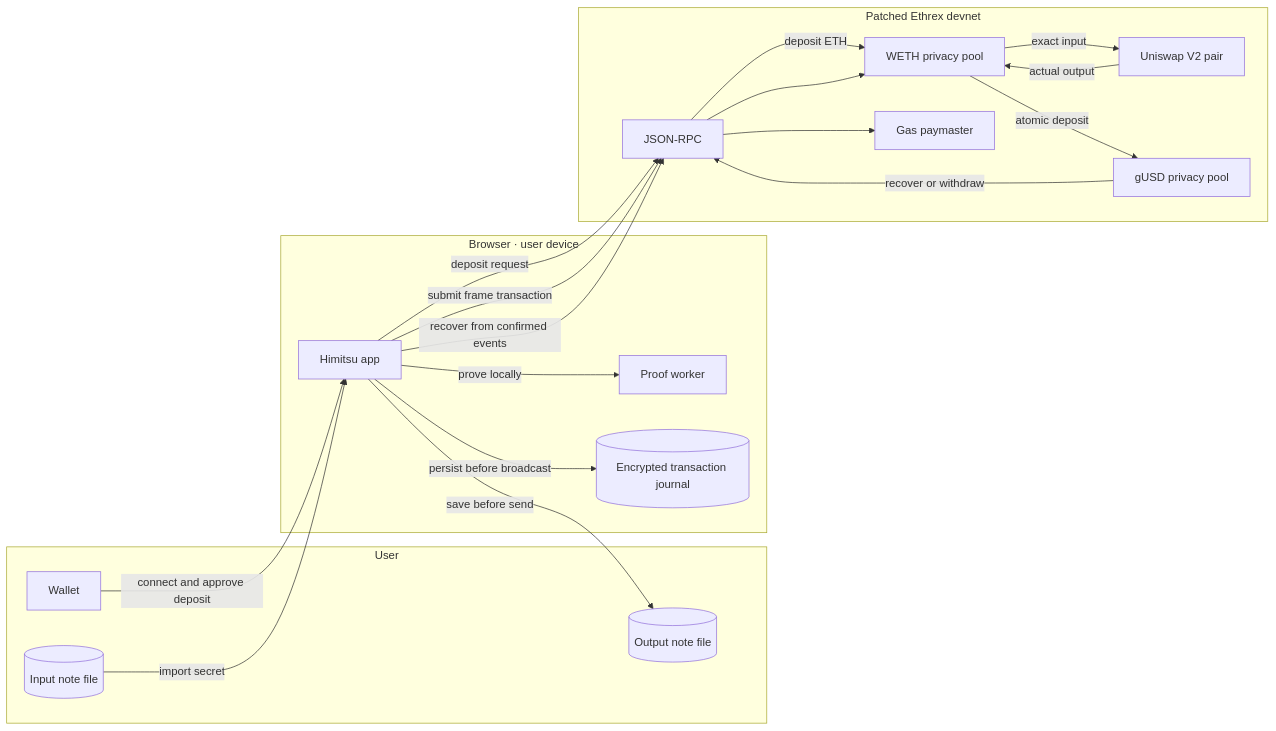
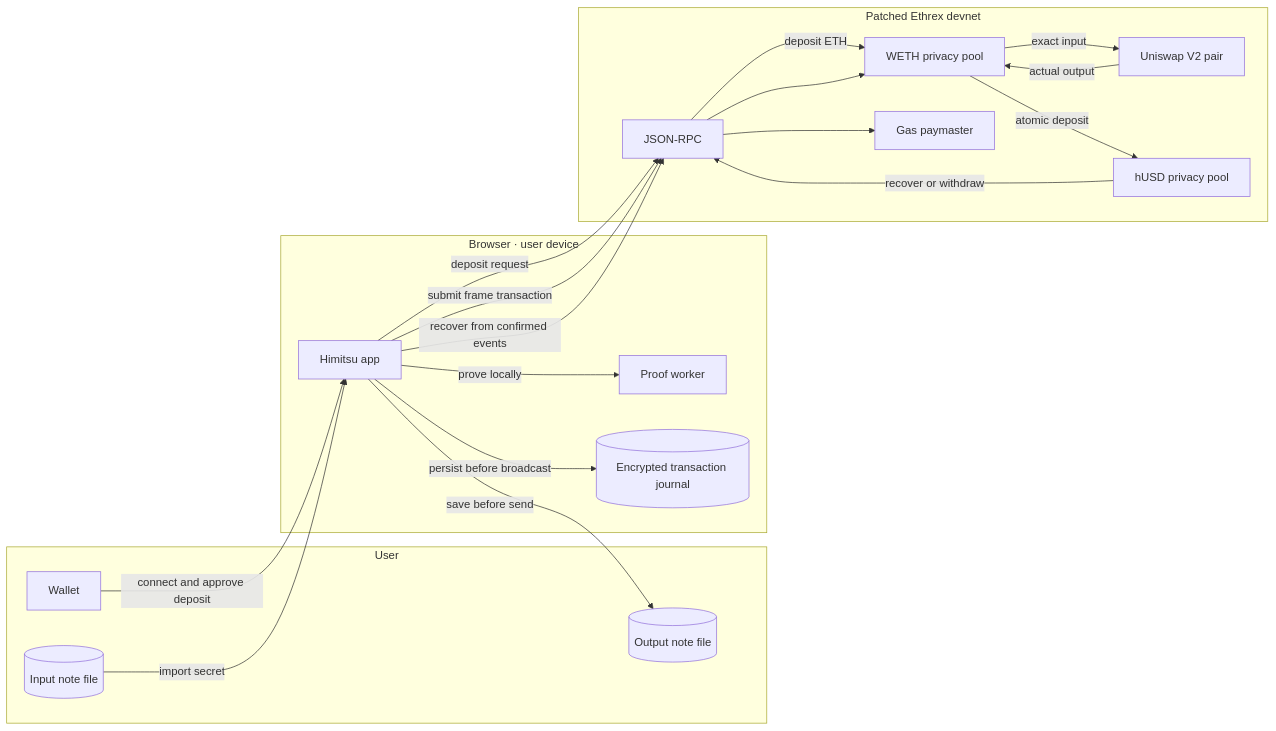
Before and after one commit to deepakA18/himitsu: the first of 2 diagrams in README.md, drawn with Mermaid. The commit also changed other lines of this file and 25 other files, not shown here.

````diff
--- a/README.md
+++ b/README.md
@@ -41,38 +41,38 @@
 ```mermaid
 flowchart LR
     subgraph PERSON[User]
         WALLET[Wallet]
         INPUT[(Input note file)]
         OUTPUT[(Output note file)]
     end
 
     subgraph DEVICE[Browser · user device]
         APP[Himitsu app]
         PROVER[Proof worker]
         JOURNAL[(Encrypted transaction journal)]
     end
 
     subgraph DEVNET[Patched Ethrex devnet]
         RPC[JSON-RPC]
         WETH[WETH privacy pool]
         SPONSOR[Gas paymaster]
         PAIR[Uniswap V2 pair]
-        GUSD[gUSD privacy pool]
+        GUSD[hUSD privacy pool]
     end
 
     WALLET -->|connect and approve deposit| APP
     APP -->|deposit request| RPC
     RPC -->|deposit ETH| WETH
     INPUT -->|import secret| APP
     APP -->|prove locally| PROVER
     APP -->|save before send| OUTPUT
     APP -->|persist before broadcast| JOURNAL
     APP -->|submit frame transaction| RPC
     APP -->|recover from confirmed events| RPC
     RPC --> WETH
     RPC --> SPONSOR
     WETH -->|exact input| PAIR
     PAIR -->|actual output| WETH
     WETH -->|atomic deposit| GUSD
     GUSD -->|recover or withdraw| RPC
 ```
````
